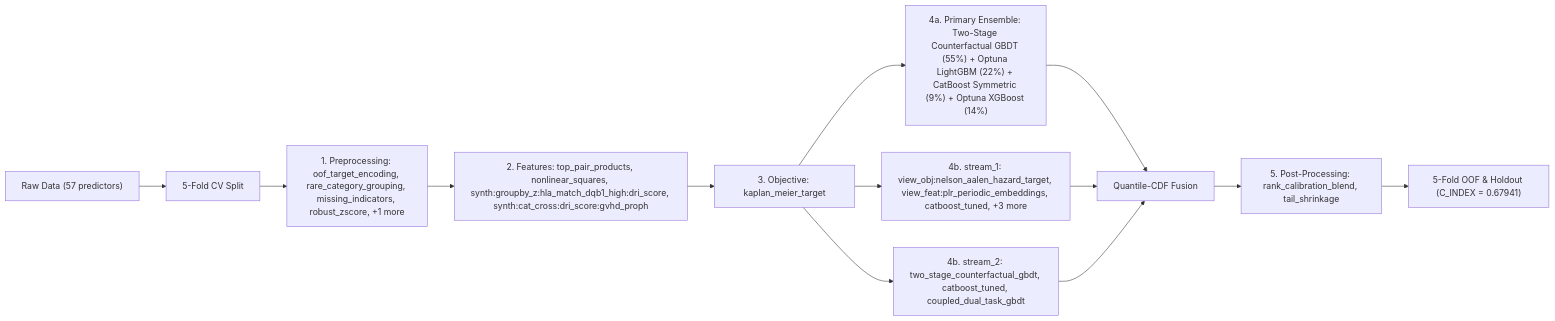
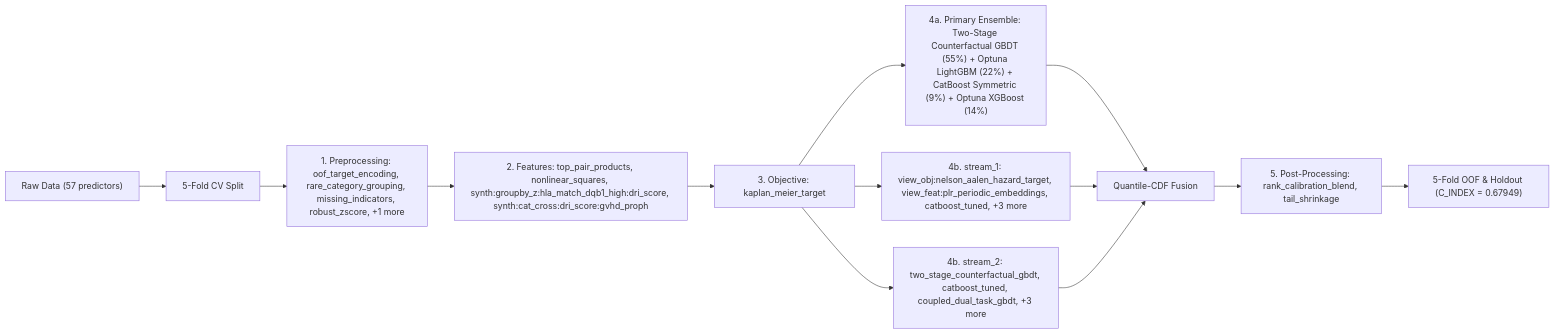
The diagram in README.md (stefanoclss/CIBMTR-Equity-in-Post-HCT-Survival-Predictions), drawn with Mermaid before and after one commit. The commit also changed other lines of this file, not shown here.

First line of the commit message:
docs(readme): refresh verified OOF benchmark & build ledger (C_INDEX=0.67949)

````diff
--- a/README.md
+++ b/README.md
@@ -150,15 +151,15 @@
 ```mermaid
 flowchart LR
     DATA["Raw Data (57 predictors)"] --> SPLIT["5-Fold CV Split"]
     SPLIT --> PRE["1. Preprocessing: oof_target_encoding, rare_category_grouping, missing_indicators, robust_zscore, +1 more"]
     PRE --> FEAT["2. Features: top_pair_products, nonlinear_squares, synth:groupby_z:hla_match_dqb1_high:dri_score, synth:cat_cross:dri_score:gvhd_proph"]
     FEAT --> OBJ["3. Objective: kaplan_meier_target"]
     OBJ --> M0["4a. Primary Ensemble: Two-Stage Counterfactual GBDT (55%) + Optuna LightGBM (22%) + CatBoost Symmetric (9%) + Optuna XGBoost (14%)"]
     M0 --> FUSE["Quantile-CDF Fusion"]
     OBJ --> S1["4b. stream_1: view_obj:nelson_aalen_hazard_target, view_feat:plr_periodic_embeddings, catboost_tuned, +3 more"]
     S1 --> FUSE
-    OBJ --> S2["4b. stream_2: two_stage_counterfactual_gbdt, catboost_tuned, coupled_dual_task_gbdt"]
+    OBJ --> S2["4b. stream_2: two_stage_counterfactual_gbdt, catboost_tuned, coupled_dual_task_gbdt, +3 more"]
     S2 --> FUSE
     FUSE --> POST["5. Post-Processing: rank_calibration_blend, tail_shrinkage"]
-    POST --> OUT["5-Fold OOF & Holdout (C_INDEX = 0.67941)"]
+    POST --> OUT["5-Fold OOF & Holdout (C_INDEX = 0.67949)"]
 ```
````
